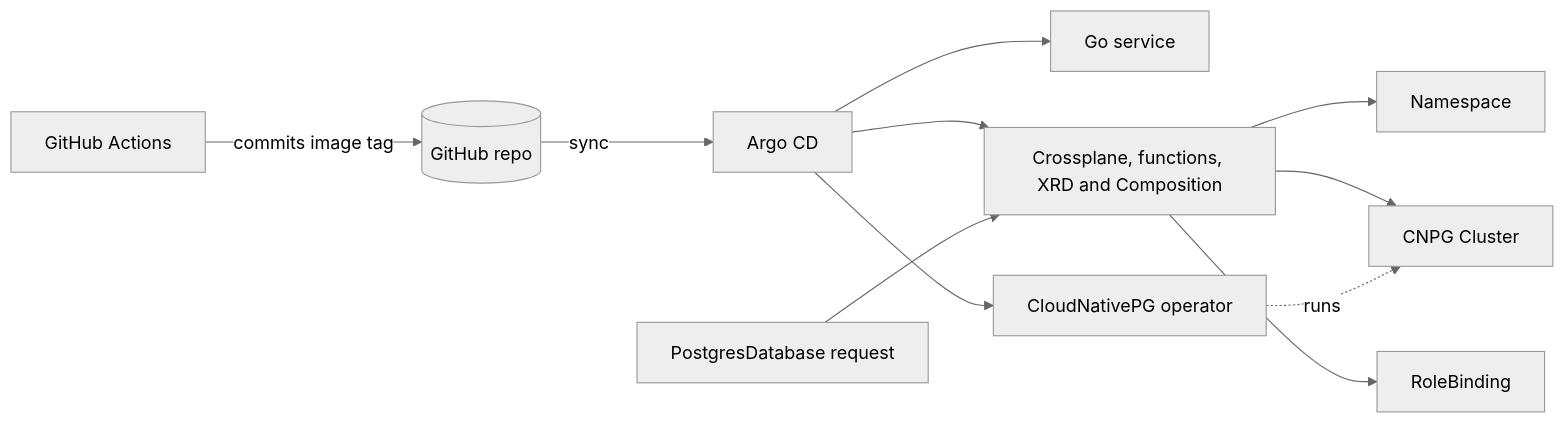
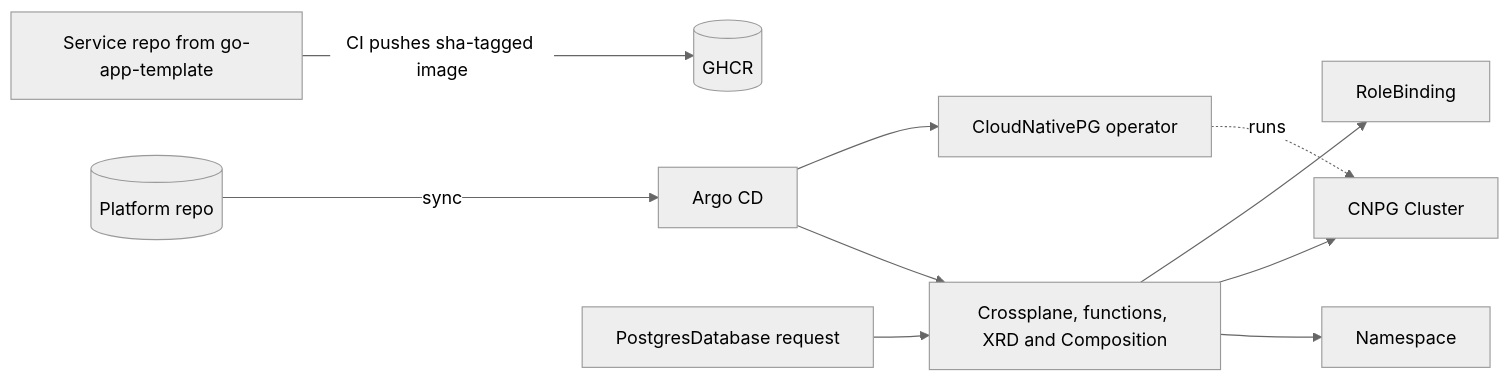
Before and after one commit to rcarlson-devops/self-service-idp: the diagram in README.md, drawn with Mermaid (neutral theme). The commit also changed other lines of this file, not shown here.

````diff
--- a/README.md
+++ b/README.md
@@ -70,13 +71,12 @@
 ```mermaid
 flowchart LR
-    CI[GitHub Actions] -->|commits image tag| Git[(GitHub repo)]
-    Git -->|sync| Argo[Argo CD]
-    Argo --> App[Go service]
+    Svc[Service repo from go-app-template] -->|CI pushes sha-tagged image| GHCR[(GHCR)]
+    Git[(Platform repo)] -->|sync| Argo[Argo CD]
     Argo --> CP[Crossplane, functions, XRD and Composition]
     Argo --> CNPG[CloudNativePG operator]
     Req[PostgresDatabase request] --> CP
     CP --> NS[Namespace]
     CP --> DB[CNPG Cluster]
     CP --> RB[RoleBinding]
     CNPG -.->|runs| DB
 ```
````
